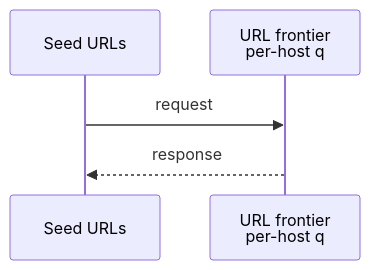
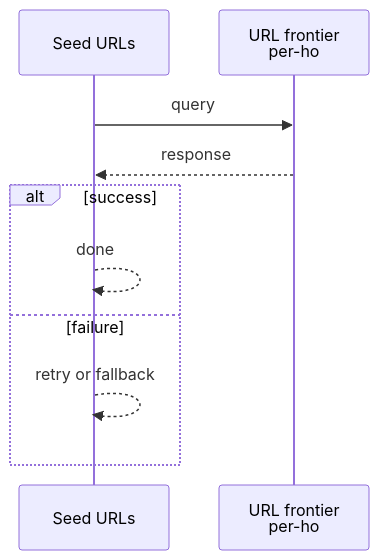
The second of 3 diagrams in case-studies/beginner/web-crawler.md (RIT-MESH/system-design-mastery), drawn with Mermaid before and after one commit. The commit also changed other lines of this file and 215 other files, not shown here.

First line of the commit message:
Complete all remaining work: expand case studies, add 13 AI case studies, fix diagrams, status to Complete

````diff
--- a/case-studies/beginner/web-crawler.md
+++ b/case-studies/beginner/web-crawler.md
@@ -125,8 +152,13 @@
 ```mermaid
 %% created-for: system-design-mastery
 sequenceDiagram
   participant P0 as Seed URLs
-  participant P1 as URL frontier<br > per-host q
-  P0 ->> P1: request
+  participant P1 as URL frontier<br > per-ho
+  P0 ->> P1: query
   P1 -->> P0: response
+  alt success
+    P0 -->> P0: done
+  else failure
+    P0 -->> P0: retry or fallback
+  end
 ```
````
